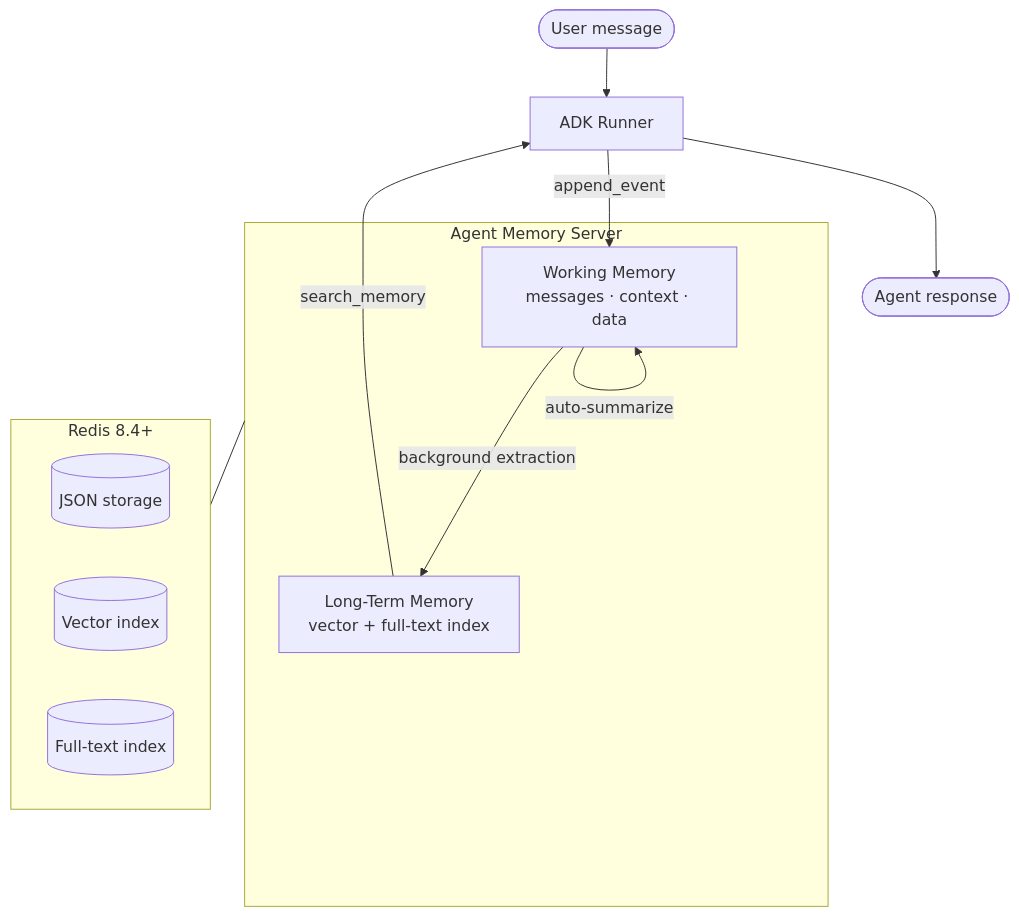
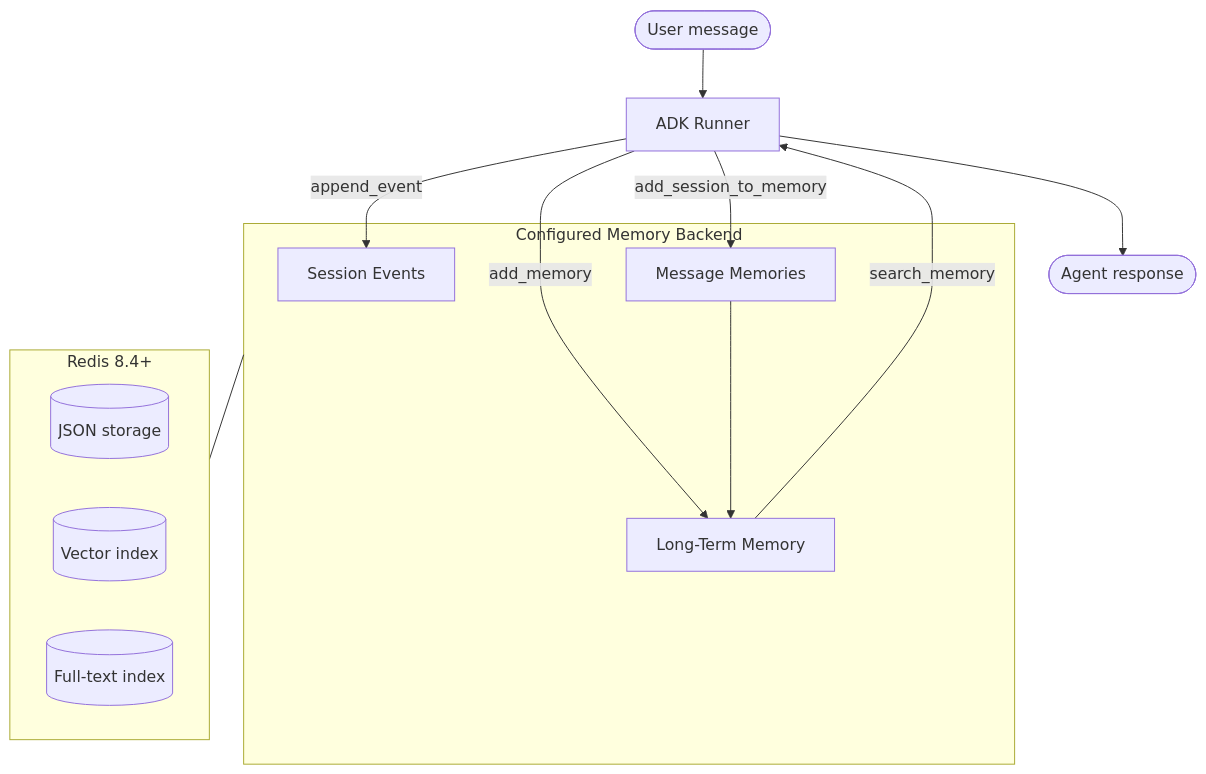
The diagram in docs/concepts/sessions.md (redis-developer/adk-redis), drawn with Mermaid before and after one commit. The commit also changed other lines of this file and 7 other files, not shown here.

````diff
--- a/docs/concepts/sessions.md
+++ b/docs/concepts/sessions.md
@@ -18,22 +18,24 @@
 ```mermaid
 flowchart TD
     U([User message]) --> R[ADK Runner]
-    R -->|append_event| WM[Working Memory<br/>messages · context · data]
-    WM -->|auto-summarize| WM
-    WM -->|background extraction| LTM[Long-Term Memory<br/>vector + full-text index]
+    R -->|append_event| WM[Session Events]
+    R -->|add_memory| LTM[Long-Term Memory]
+    R -->|add_session_to_memory| MSG[Message Memories]
+    MSG --> LTM
     LTM -->|search_memory| R
     R --> A([Agent response])
 
-    subgraph AMS [Agent Memory Server]
+    subgraph RAM [Configured Memory Backend]
         WM
+        MSG
         LTM
     end
 
     subgraph Redis [Redis 8.4+]
         J[(JSON storage)]
         V[(Vector index)]
         FT[(Full-text index)]
     end
 
-    AMS --- Redis
+    RAM --- Redis
 ```
````
